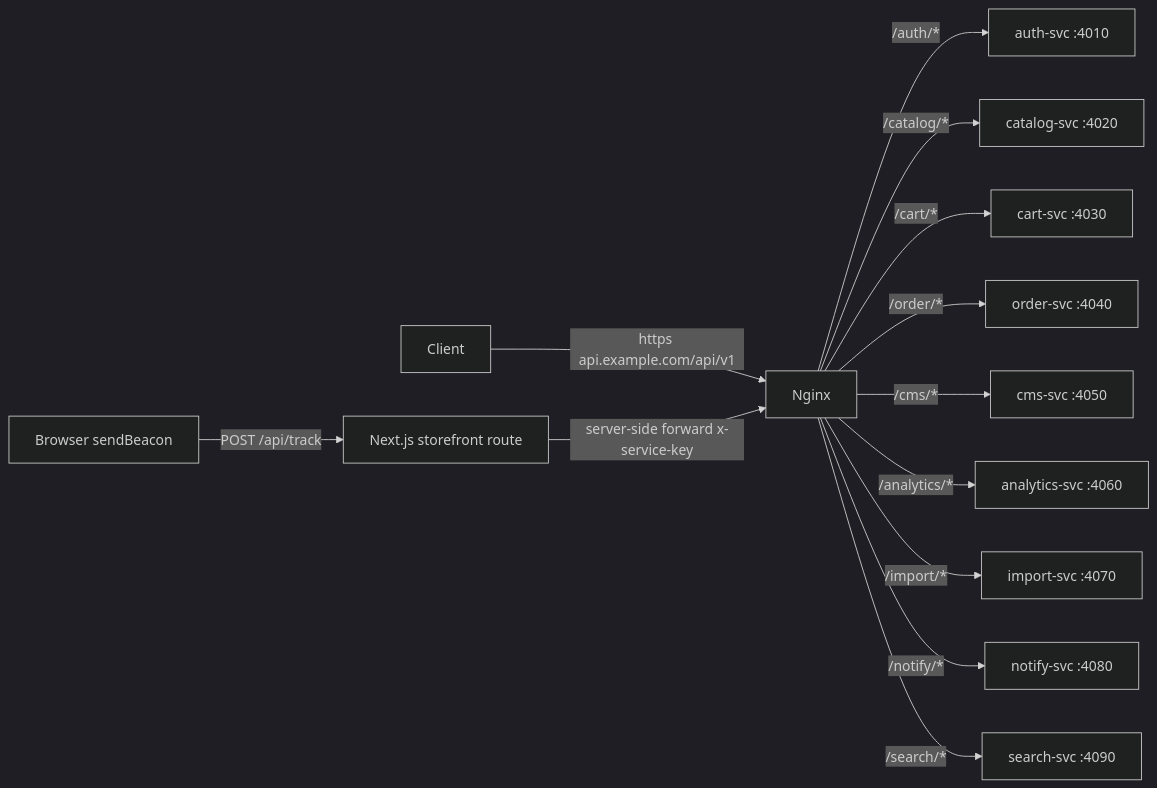
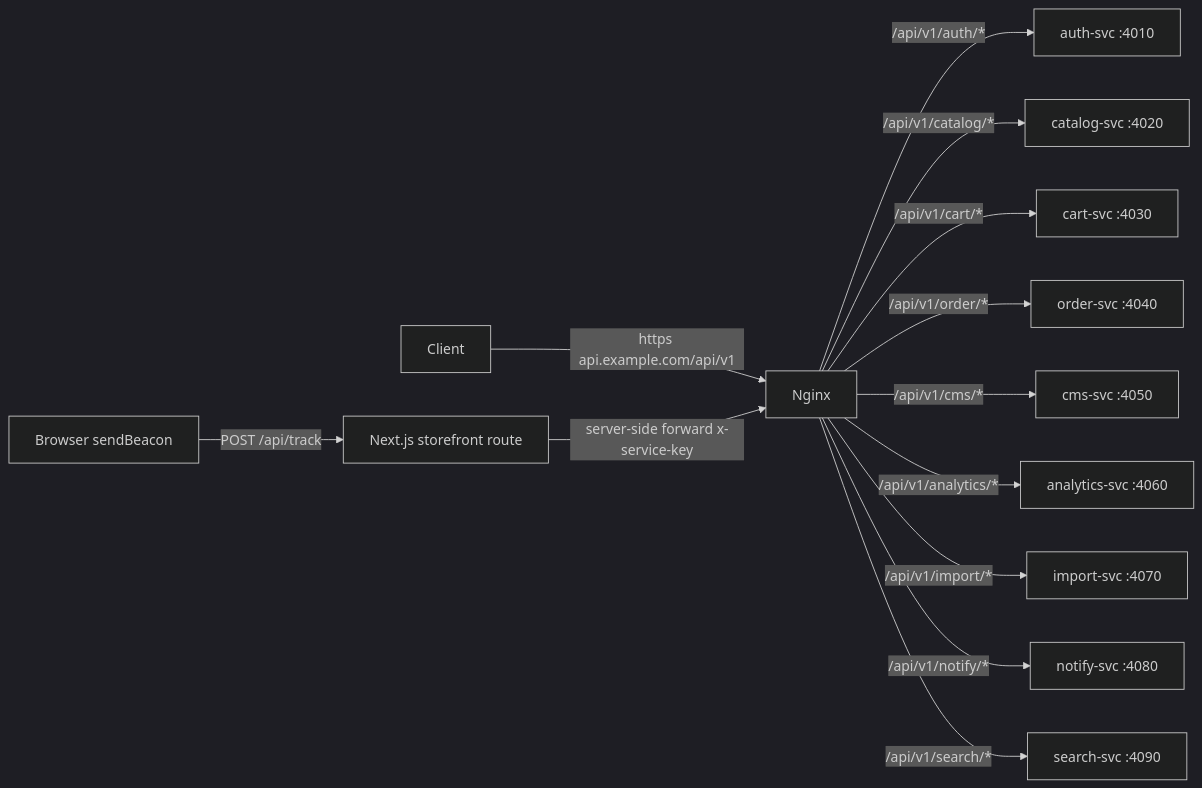
The first of 5 diagrams in 4.API-Design.md (E-Commerce-BDA/Documentation), drawn with Mermaid (dark theme) before and after one commit. The commit also changed other lines of this file, not shown here.

````diff
--- a/4.API-Design.md
+++ b/4.API-Design.md
@@ -84,15 +102,15 @@
 ```mermaid
 flowchart LR
     C[Client] -->|https api.example.com/api/v1| N[Nginx]
-    N -->|/auth/*| S1[auth-svc :4010]
-    N -->|/catalog/*| S2[catalog-svc :4020]
-    N -->|/cart/*| S3[cart-svc :4030]
-    N -->|/order/*| S4[order-svc :4040]
-    N -->|/cms/*| S5[cms-svc :4050]
-    N -->|/analytics/*| S6[analytics-svc :4060]
-    N -->|/import/*| S7[import-svc :4070]
-    N -->|/notify/*| S8[notify-svc :4080]
-    N -->|/search/*| S9[search-svc :4090]
+    N -->|/api/v1/auth/*| S1[auth-svc :4010]
+    N -->|/api/v1/catalog/*| S2[catalog-svc :4020]
+    N -->|/api/v1/cart/*| S3[cart-svc :4030]
+    N -->|/api/v1/order/*| S4[order-svc :4040]
+    N -->|/api/v1/cms/*| S5[cms-svc :4050]
+    N -->|/api/v1/analytics/*| S6[analytics-svc :4060]
+    N -->|/api/v1/import/*| S7[import-svc :4070]
+    N -->|/api/v1/notify/*| S8[notify-svc :4080]
+    N -->|/api/v1/search/*| S9[search-svc :4090]
     B[Browser sendBeacon] -->|POST /api/track| NW[Next.js storefront route]
     NW -->|server-side forward x-service-key| N
 ```
````
